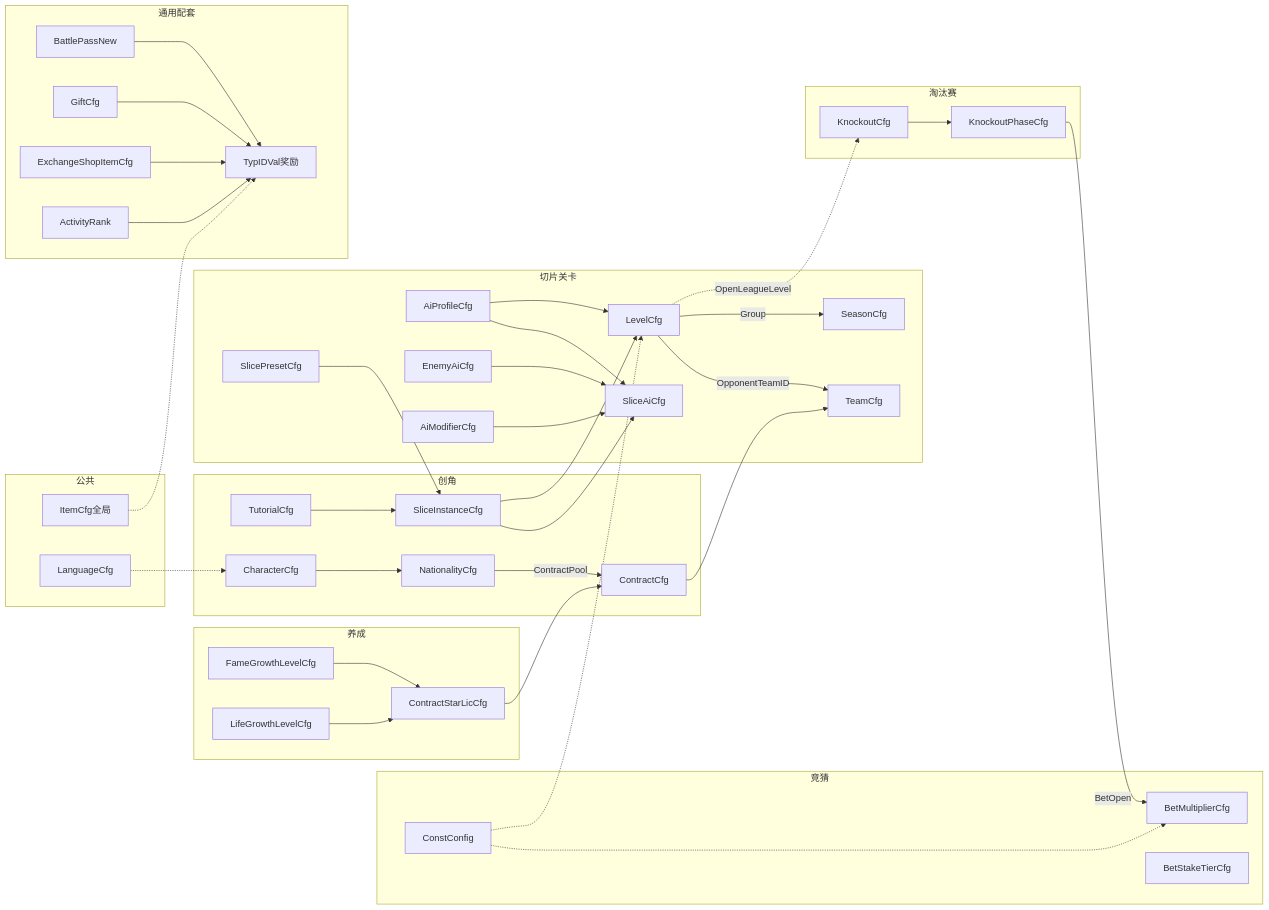
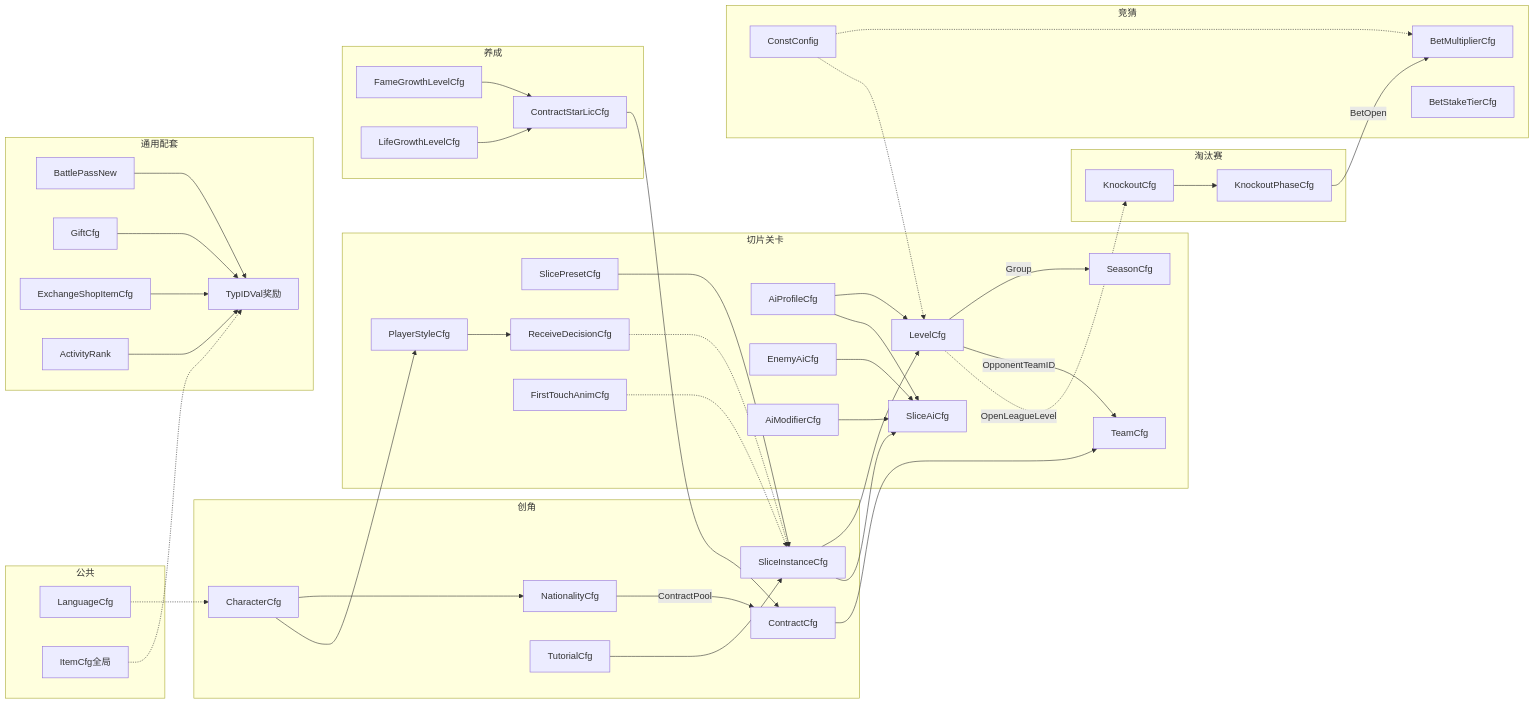
One commit to RehearsalTap4Fun/MindToDoc changed the diagram in output/2026世界杯主题活动-配置表结构.md. Above: the diagram before and after it, drawn with Mermaid. The commit also changed other lines of this file and 5 other files, not shown here.

Commit message:
docs: add soccer first-touch config requirements

````diff
--- a/output/2026世界杯主题活动-配置表结构.md
+++ b/output/2026世界杯主题活动-配置表结构.md
@@ -105,53 +108,57 @@
 ```mermaid
 flowchart LR
   subgraph 创角
     CH[CharacterCfg] --> NA[NationalityCfg]
     NA -->|ContractPool| CO[ContractCfg]
     TU[TutorialCfg] --> SI[SliceInstanceCfg]
   end
   subgraph 切片关卡
     SP[SlicePresetCfg] --> SI
     SI --> LV[LevelCfg]
     SI --> SA[SliceAiCfg]
+    CH --> PS[PlayerStyleCfg]
+    PS --> RD[ReceiveDecisionCfg]
+    RD -.-> SI
+    FT[FirstTouchAnimCfg] -.-> SI
     AP[AiProfileCfg] --> LV
     AP --> SA
     EA[EnemyAiCfg] --> SA
     AM[AiModifierCfg] --> SA
     LV -->|Group| SE[SeasonCfg]
     LV -->|OpponentTeamID| TM[TeamCfg]
   end
   subgraph 养成
     FG[FameGrowthLevelCfg] --> CS[ContractStarLicCfg]
     LG[LifeGrowthLevelCfg] --> CS
     CS --> CO
     CO --> TM
   end
   subgraph 淘汰赛
     KO[KnockoutCfg] --> KPH[KnockoutPhaseCfg]
     LV -.->|OpenLeagueLevel| KO
   end
   subgraph 竞猜
     KPH -->|BetOpen| BM[BetMultiplierCfg]
     ST[BetStakeTierCfg]
     CC -.-> BM
   end
   subgraph 通用配套
     BP[BattlePassNew]
     GF[GiftCfg]
     EX[ExchangeShopItemCfg]
     RK[ActivityRank]
     RWD[TypIDVal奖励]
     BP --> RWD
     GF --> RWD
     EX --> RWD
     RK --> RWD
   end
   subgraph 公共
     CC[ConstConfig]
     LC[LanguageCfg]
     IT[ItemCfg全局]
     CC -.-> LV
     LC -.-> CH
     IT -.-> RWD
   end
 ```
````
